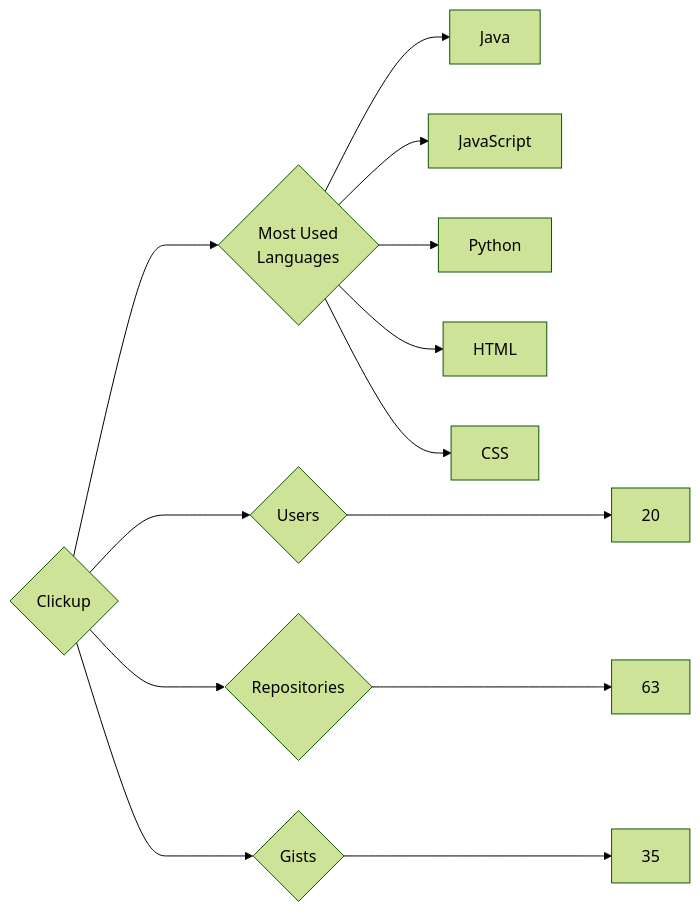
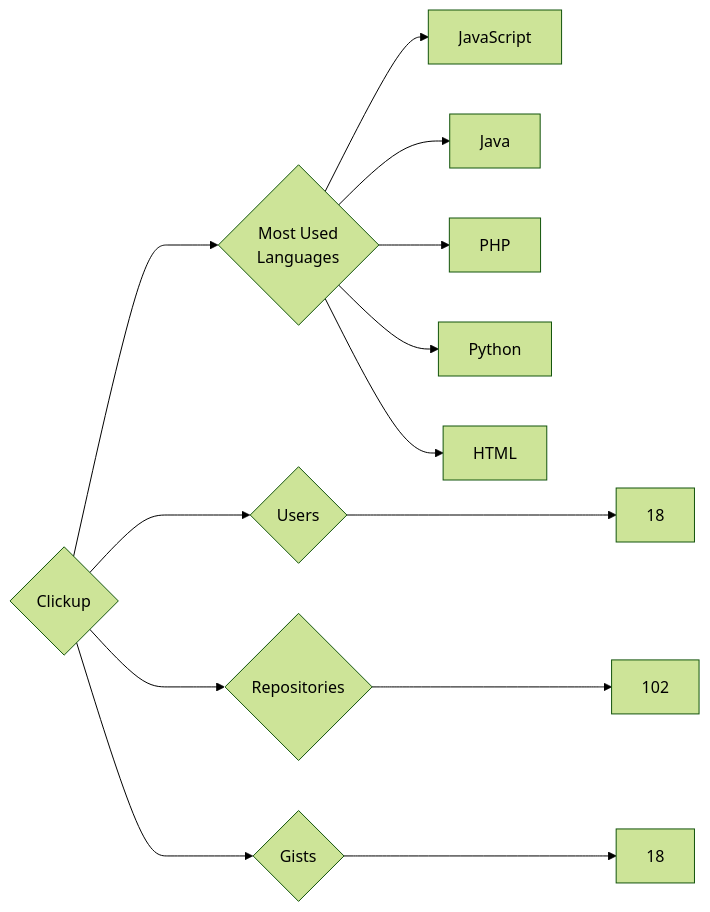
The diagram in targets/Clickup/README.md (trickest/insiders), drawn with Mermaid (forest theme) before and after one commit. The commit also changed 594 other files, not shown here.

````diff
--- a/targets/Clickup/README.md
+++ b/targets/Clickup/README.md
@@ -3,13 +3,13 @@
 ```mermaid
 graph LR
 COMPANY_NAME{Clickup}
-COMPANY_NAME ---> U{Users} ---> UN[20]
-COMPANY_NAME ---> R{Repositories} ---> RN[63]
-COMPANY_NAME ---> G{Gists} ---> GN[35]
+COMPANY_NAME ---> U{Users} ---> UN[18]
+COMPANY_NAME ---> R{Repositories} ---> RN[102]
+COMPANY_NAME ---> G{Gists} ---> GN[18]
 COMPANY_NAME ---> ML{Most Used<br>Languages}
+ML --> JavaScript[JavaScript]
 ML --> Java[Java]
-ML --> JavaScript[JavaScript]
+ML --> PHP[PHP]
 ML --> Python[Python]
 ML --> HTML[HTML]
-ML --> CSS[CSS]
 ```
````
